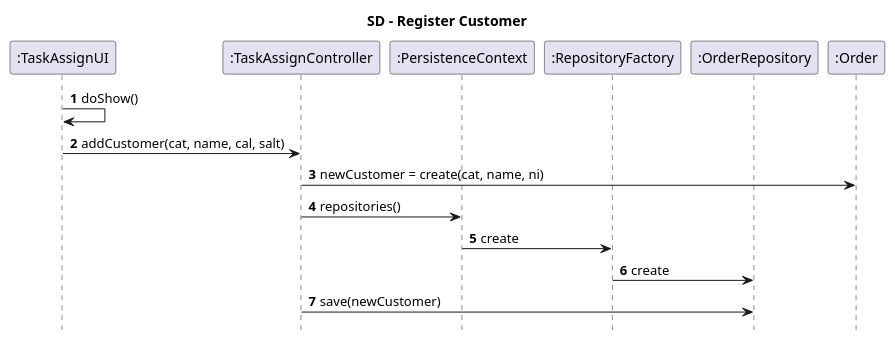
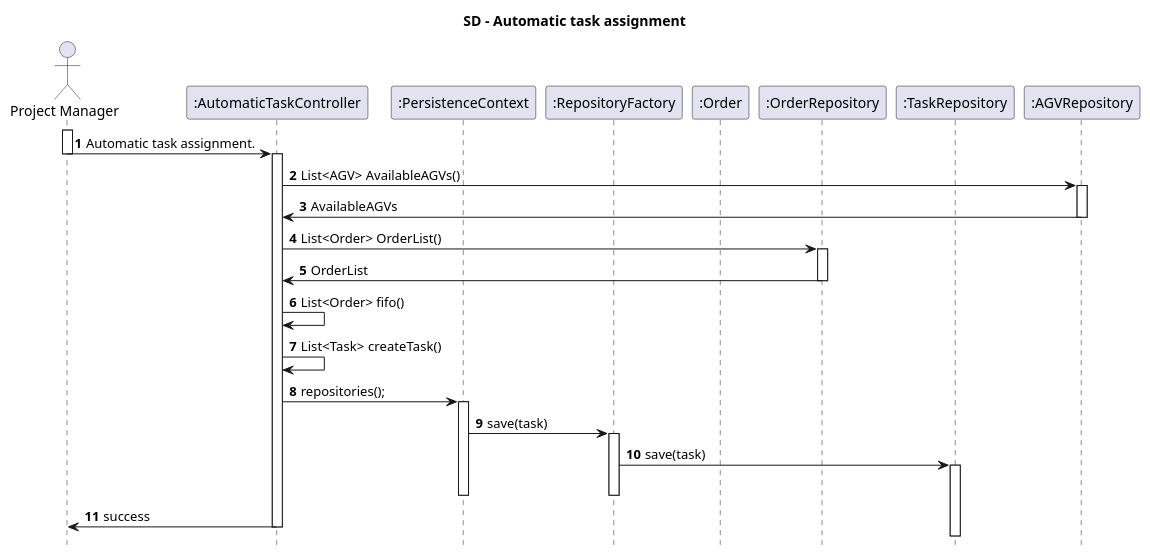
Before and after one commit to 1190772/LAB-Project-4: the diagram in Documentação/1190384/US4002/US4002_SD.puml, drawn with PlantUML. The commit also changed 1 other file, not shown here.

```diff
--- a/Documentação/1190384/US4002/US4002_SD.puml
+++ b/Documentação/1190384/US4002/US4002_SD.puml
@@ -1,27 +1,52 @@
 @startuml
 autonumber
 hide footbox
 
-title SD - Register Customer
+title SD - Automatic task assignment
 
-		participant ":TaskAssignUI" as ui
-		participant ":TaskAssignController" as ctrl
+actor "Project Manager" as C
+
+		participant ":AutomaticTaskController" as ui
 		participant ":PersistenceContext" as pc
 		participant ":RepositoryFactory" as rf
-		participant ":OrderRepository" as repoPC
-        participant ":Order" as prod
-		ui->ui:doShow()
-        		ui->ctrl:addCustomer(cat, name, cal, salt)
+		participant ":Order" as prod
+		participant ":OrderRepository" as repoC
+		participant ":TaskRepository" as repoT
+		participant ":AGVRepository" as repoA
+
+        activate C
+        C->ui:Automatic task assignment.
+        deactivate C
+        activate ui
+        ui->repoA:  List<AGV> AvailableAGVs()
+        activate repoA
+        repoA -> ui : AvailableAGVs
+        deactivate repoA
+        ui -> repoC:List<Order> OrderList()
+         activate repoC
+        repoC -> ui: OrderList
+         deactivate repoC
+         ui->ui: List<Order> fifo()
+         ui->ui: List<Task> createTask()
+
+         ui->pc: repositories();
+         activate pc
+         pc->rf: save(task)
+         activate rf
+         rf->repoT: save(task)
+         activate repoT
+         deactivate pc
+          deactivate rf
+          ui->C: success
+           deactivate ui
 
 
-        		ctrl->prod:newCustomer = create(cat, name, ni)
 
-        		ctrl->pc:repositories()
-        		pc->rf:create
-        		rf->repoPC:create
-        		ctrl->repoPC:save(newCustomer)
+
+
+
 
 
 
 
 @enduml
```
